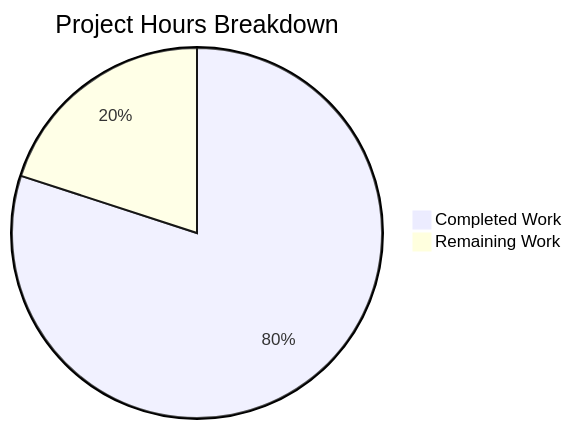
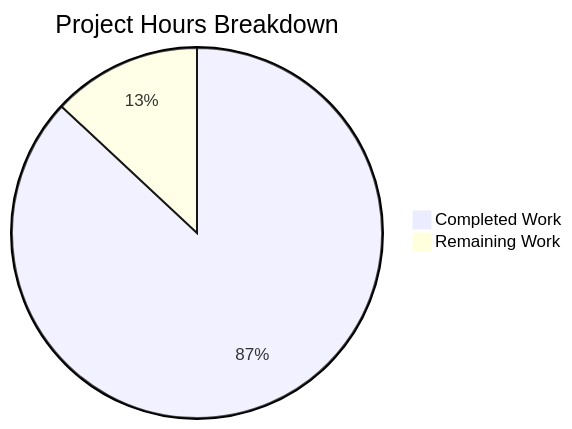
The diagram in blitzy/documentation/Project Guide.md (Sandeep01Kumar/existing-projects-qa-test-08-dec-test), drawn with Mermaid before and after one commit. The commit also changed other lines of this file, not shown here.

Commit message:
Adding Blitzy Project Guide: Project Status and Human Tasks Remaining

````diff
--- a/blitzy/documentation/Project Guide.md
+++ b/blitzy/documentation/Project Guide.md
@@ -78,5 +98,5 @@
 ```mermaid
 pie title Project Hours Breakdown
-    "Completed Work" : 24
-    "Remaining Work" : 6
+    "Completed Work" : 20
+    "Remaining Work" : 3
 ```
````
